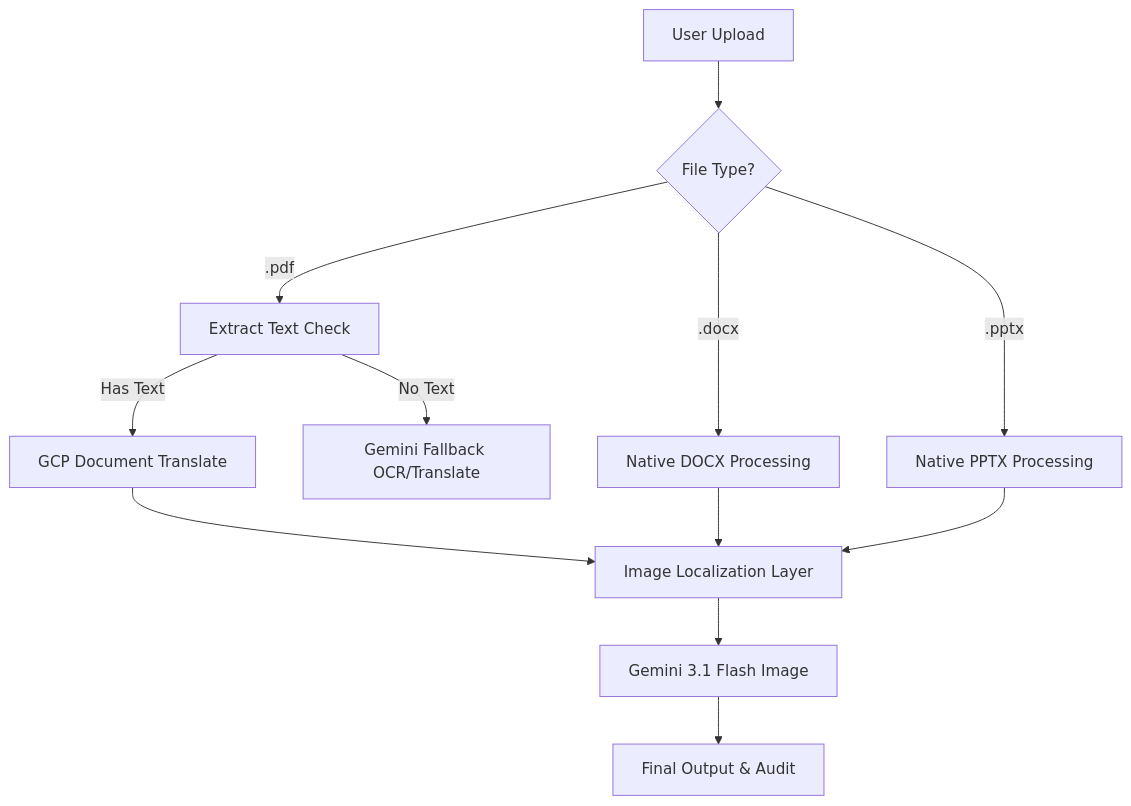
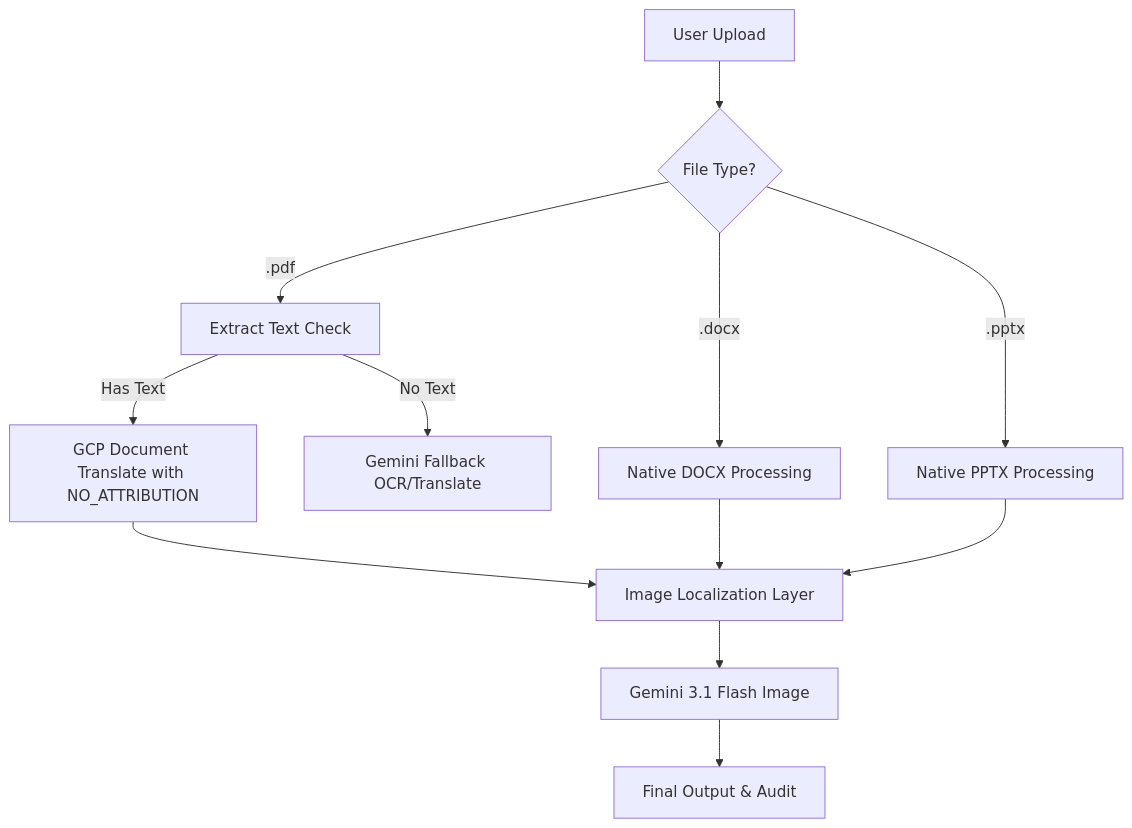
Before and after one commit to upasana1105/UP_Demos: the diagram in translation-v4/README.md, drawn with Mermaid. The commit also changed other lines of this file and 6 other files, not shown here.

````diff
--- a/translation-v4/README.md
+++ b/translation-v4/README.md
@@ -35,17 +47,17 @@
 ```mermaid
 graph TD
     A[User Upload] --> B{File Type?}
     B -->|.pdf| C[Extract Text Check]
     B -->|.docx| D[Native DOCX Processing]
     B -->|.pptx| E[Native PPTX Processing]
     
-    C -->|Has Text| F[GCP Document Translate]
+    C -->|Has Text| F[GCP Document Translate with NO_ATTRIBUTION]
     C -->|No Text| G[Gemini Fallback OCR/Translate]
     
     F --> H[Image Localization Layer]
     D --> H
     E --> H
     
     H --> I[Gemini 3.1 Flash Image]
     I --> J[Final Output & Audit]
 ```
````
